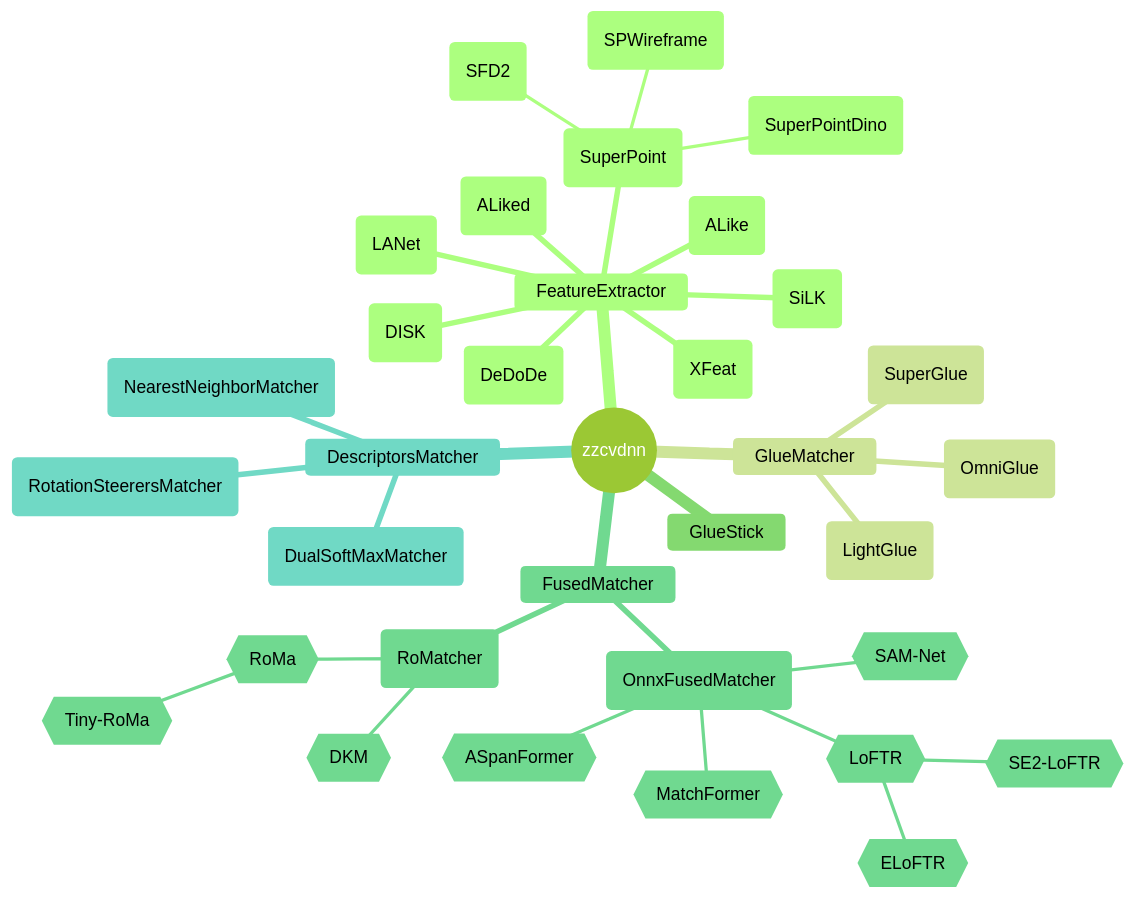
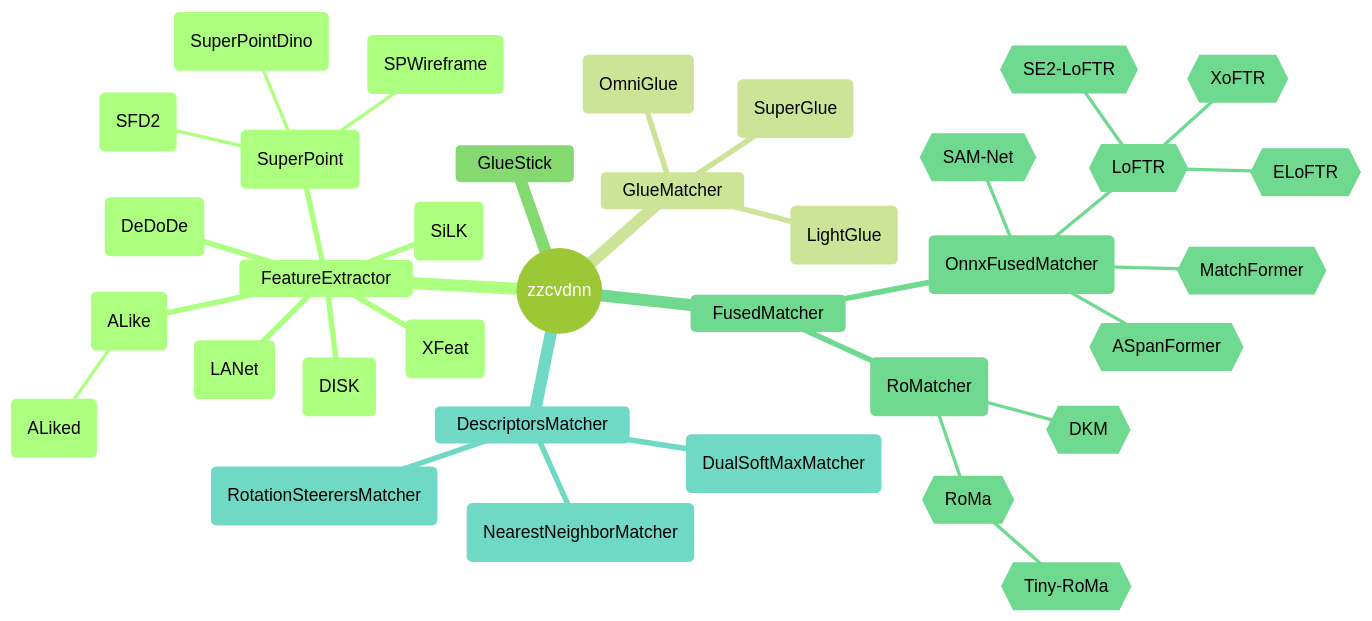
Before and after one commit to zhouzq-thu/zzcvdnn: the diagram in README.md, drawn with Mermaid. The commit also changed other lines of this file and 8 other files, not shown here.

````diff
--- a/README.md
+++ b/README.md
@@ -72,38 +83,39 @@
 ```mermaid
 %%{init: {'theme':'forest'}}%%
 mindmap
   root((zzcvdnn))
     FeatureExtractor
       (ALike)
-      (ALiked)
+        (ALiked)
       (DeDoDe)
       (DISK)
       (LANet)
       (SiLK)
       (SuperPoint)
         (SuperPointDino)
         (SPWireframe)
         (SFD2)
       (XFeat)
     GlueMatcher
       (SuperGlue)
       (LightGlue)
       (OmniGlue)
     GlueStick
     FusedMatcher
       (OnnxFusedMatcher)
         {{LoFTR}}
           {{SE2-LoFTR}}
           {{ELoFTR}}
+          {{XoFTR}}
         {{ASpanFormer}}
         {{MatchFormer}}
         {{SAM-Net}}
       (RoMatcher)
         {{DKM}}
         {{RoMa}}
           {{Tiny-RoMa}}
     DescriptorsMatcher
       (NearestNeighborMatcher)
       (DualSoftMaxMatcher)
       (RotationSteerersMatcher)
 ```
````
